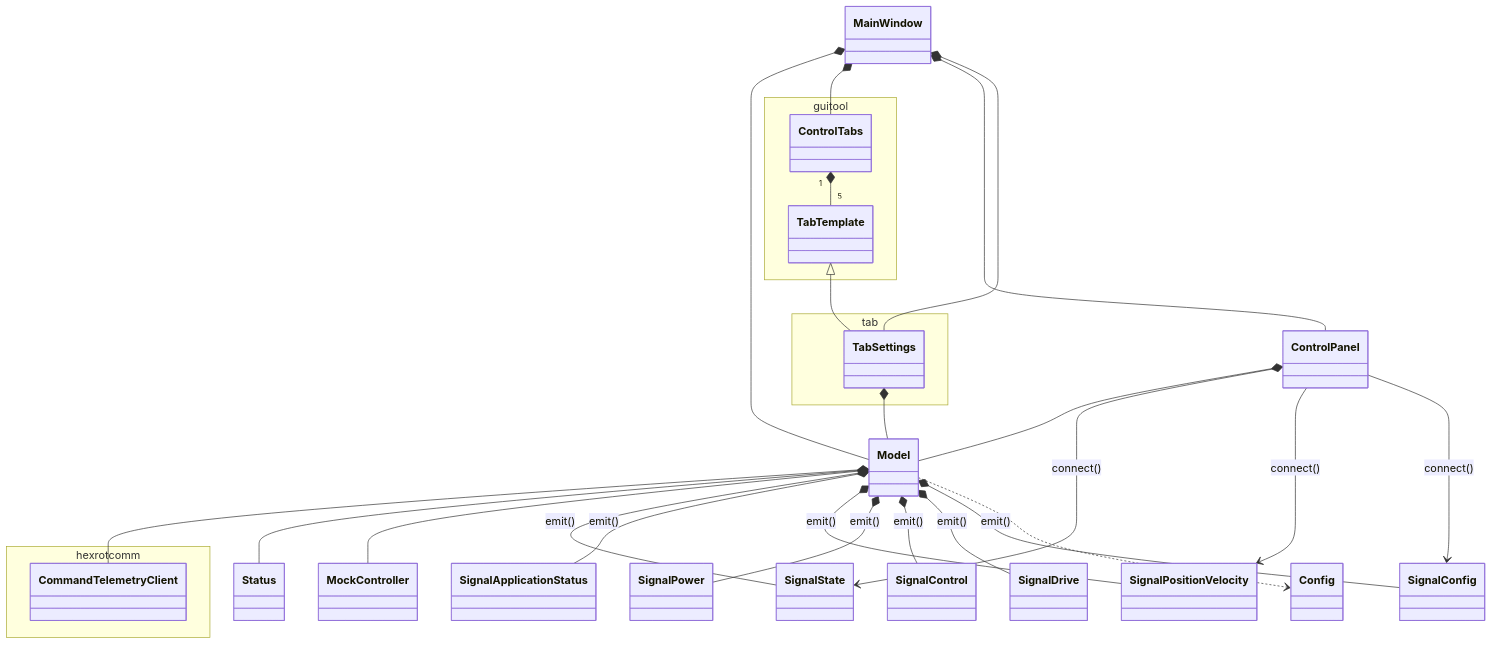
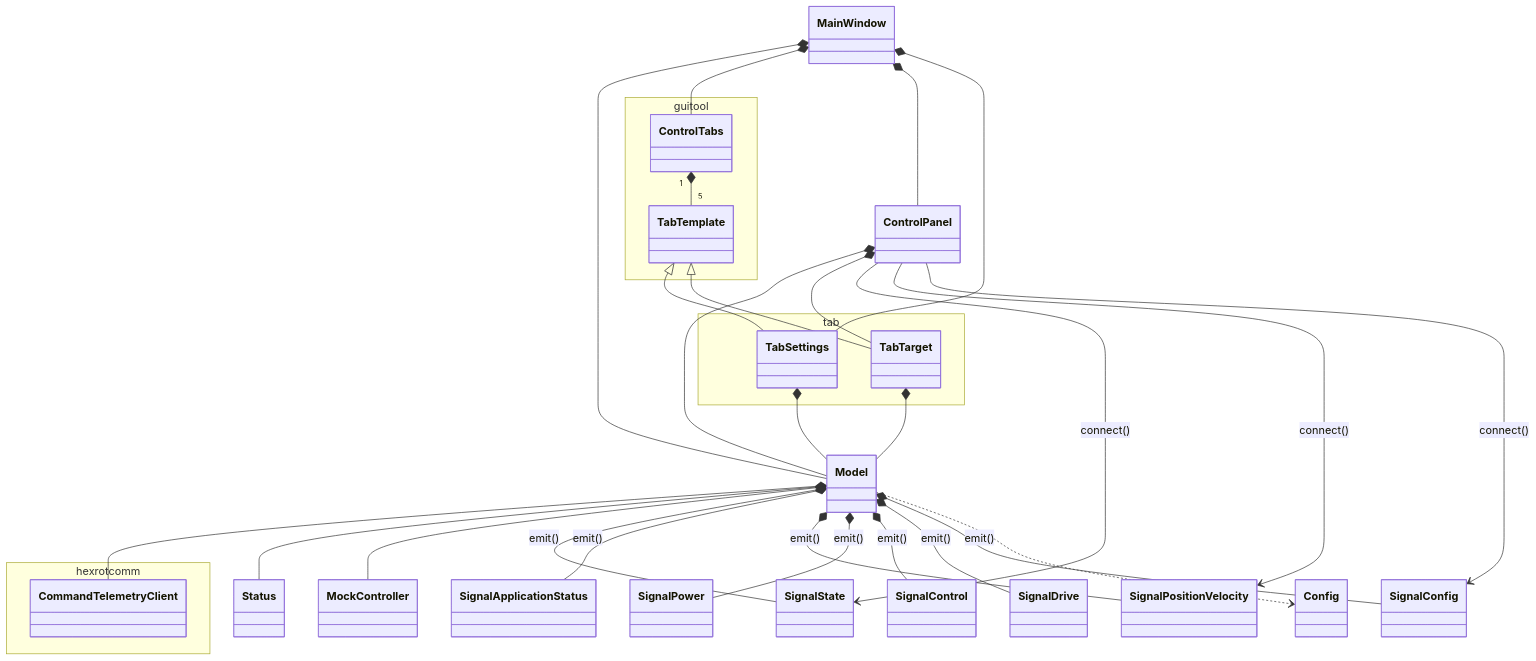
One commit to lsst-ts/ts_rotgui changed the diagram in doc/uml/class_rotgui.mmd. Above: the diagram before and after it, drawn with Mermaid. The commit also changed 3 other files, not shown here.

Commit message:
Update the UML diagrams.

```diff
--- a/doc/uml/class_rotgui.mmd
+++ b/doc/uml/class_rotgui.mmd
@@ -1,42 +1,47 @@
 classDiagram
 
 namespace hexrotcomm {
   class CommandTelemetryClient
 }
 
 namespace guitool {
   class ControlTabs
   class TabTemplate
 }
 
 namespace tab {
   class TabSettings
+  class TabTarget
 }
 
 TabTemplate <|-- TabSettings
+TabTemplate <|-- TabTarget
 
 MainWindow *-- Model
 MainWindow *-- ControlTabs
 MainWindow *-- ControlPanel
 MainWindow *-- TabSettings
 
 Model *-- CommandTelemetryClient
 Model *-- Status
 Model *-- MockController
 Model *-- SignalState : emit()
 Model *-- SignalApplicationStatus : emit()
 Model *-- SignalPositionVelocity : emit()
 Model *-- SignalPower : emit()
 Model *-- SignalControl : emit()
 Model *-- SignalDrive : emit()
 Model *-- SignalConfig : emit()
 Model ..> Config
 
 ControlPanel *-- Model
+ControlPanel *-- TabTarget
 ControlPanel --> SignalState : connect()
 ControlPanel --> SignalPositionVelocity : connect()
 ControlPanel --> SignalConfig : connect()
 
 TabSettings *-- Model
 
+TabTarget *-- Model
+
 ControlTabs "1" *-- "5" TabTemplate
```
